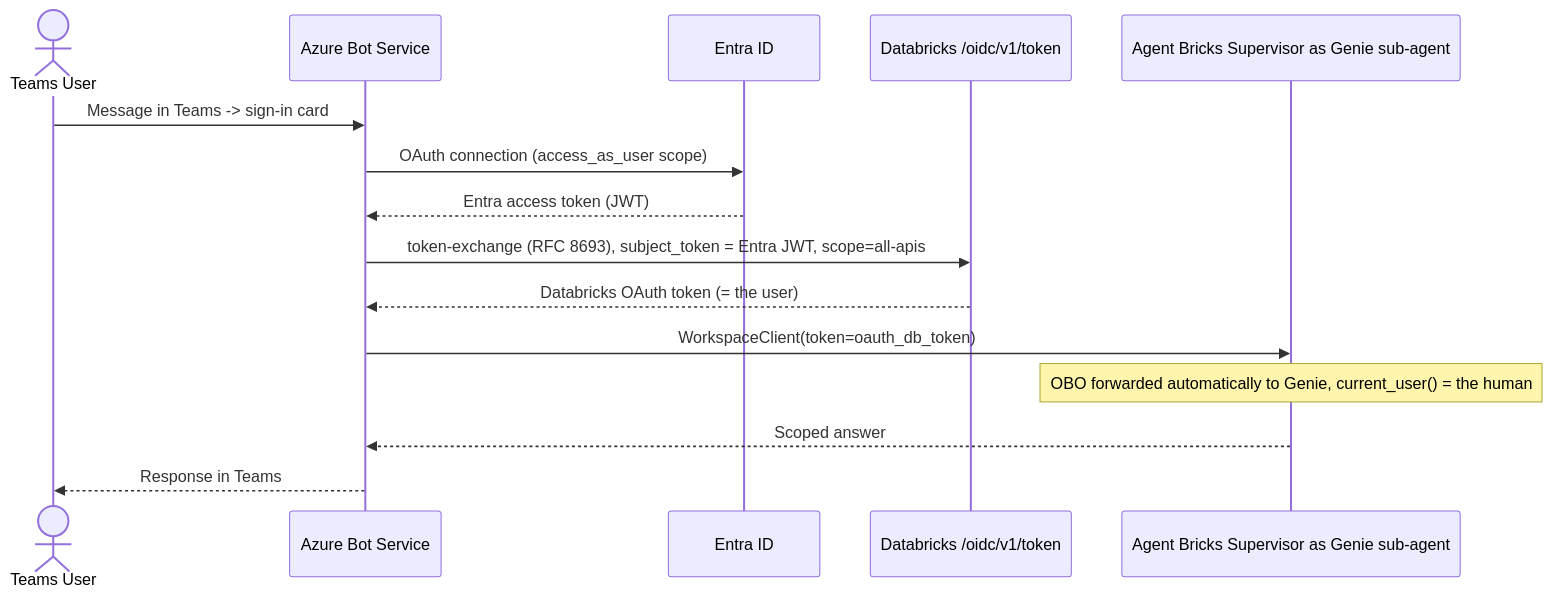
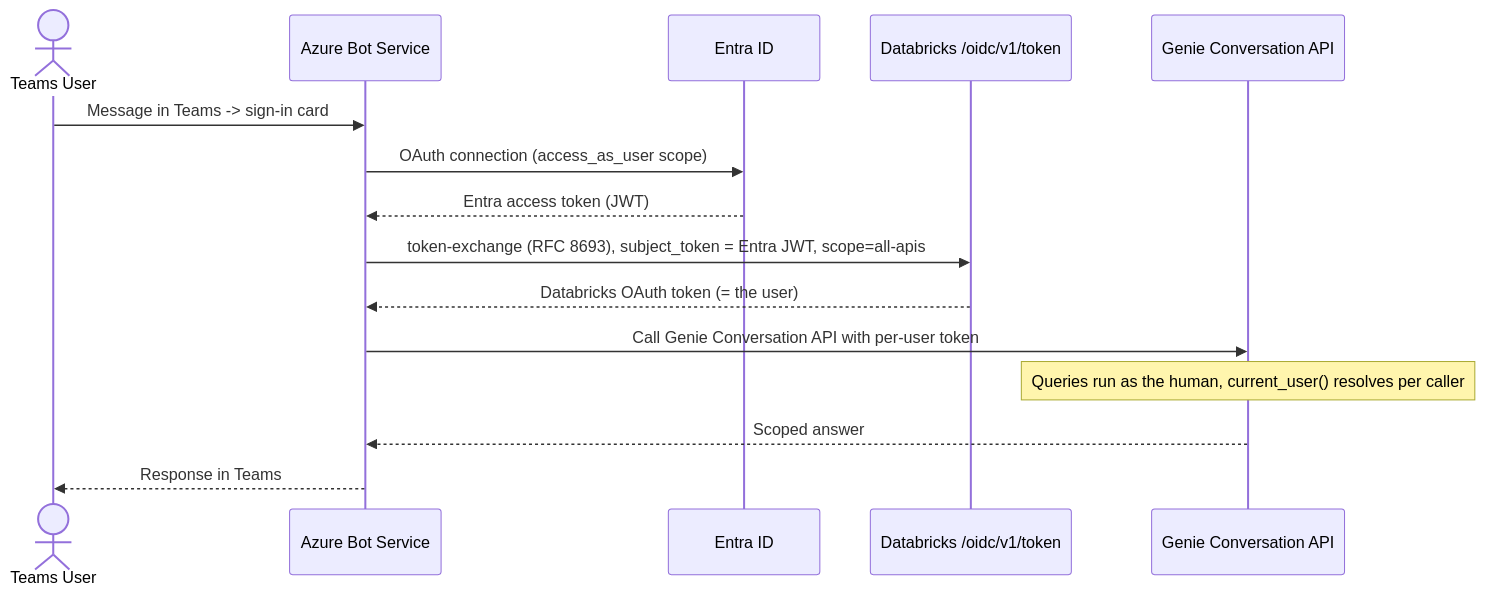
Before and after one commit to bhavink/applied-ai-governance: the diagram in identity/teams-copilot-genie-obo.md, drawn with Mermaid. The commit also changed other lines of this file and 25 other files, not shown here.

````diff
--- a/identity/teams-copilot-genie-obo.md
+++ b/identity/teams-copilot-genie-obo.md
@@ -73,18 +73,18 @@
 ```mermaid
 sequenceDiagram
     actor User as Teams User
     participant Bot as Azure Bot Service
     participant Entra as Entra ID
     participant DBX as Databricks /oidc/v1/token
-    participant AB as Agent Bricks Supervisor as Genie sub-agent
+    participant Genie as Genie Conversation API
 
     User->>Bot: Message in Teams -> sign-in card
     Bot->>Entra: OAuth connection (access_as_user scope)
     Entra-->>Bot: Entra access token (JWT)
     Bot->>DBX: token-exchange (RFC 8693), subject_token = Entra JWT, scope=all-apis
     DBX-->>Bot: Databricks OAuth token (= the user)
-    Bot->>AB: WorkspaceClient(token=oauth_db_token)
-    Note over AB: OBO forwarded automatically to Genie, current_user() = the human
-    AB-->>Bot: Scoped answer
+    Bot->>Genie: Call Genie Conversation API with per-user token
+    Note over Genie: Queries run as the human, current_user() resolves per caller
+    Genie-->>Bot: Scoped answer
     Bot-->>User: Response in Teams
 ```
````
